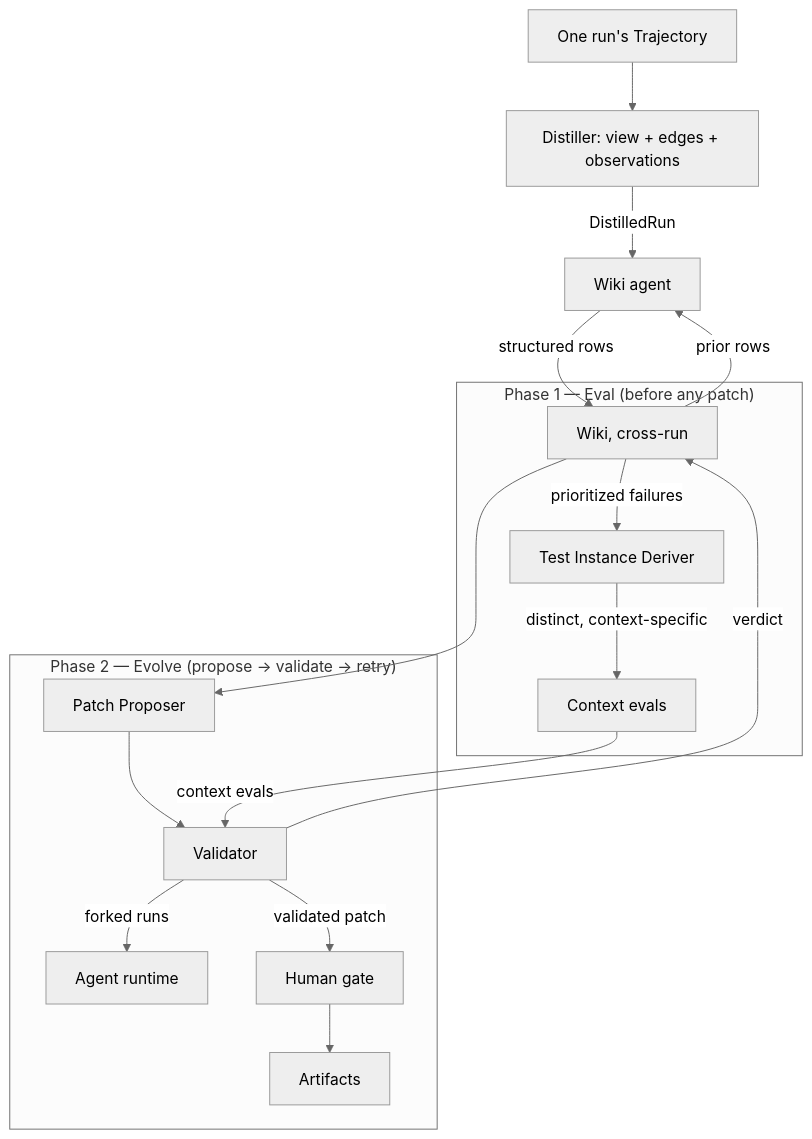
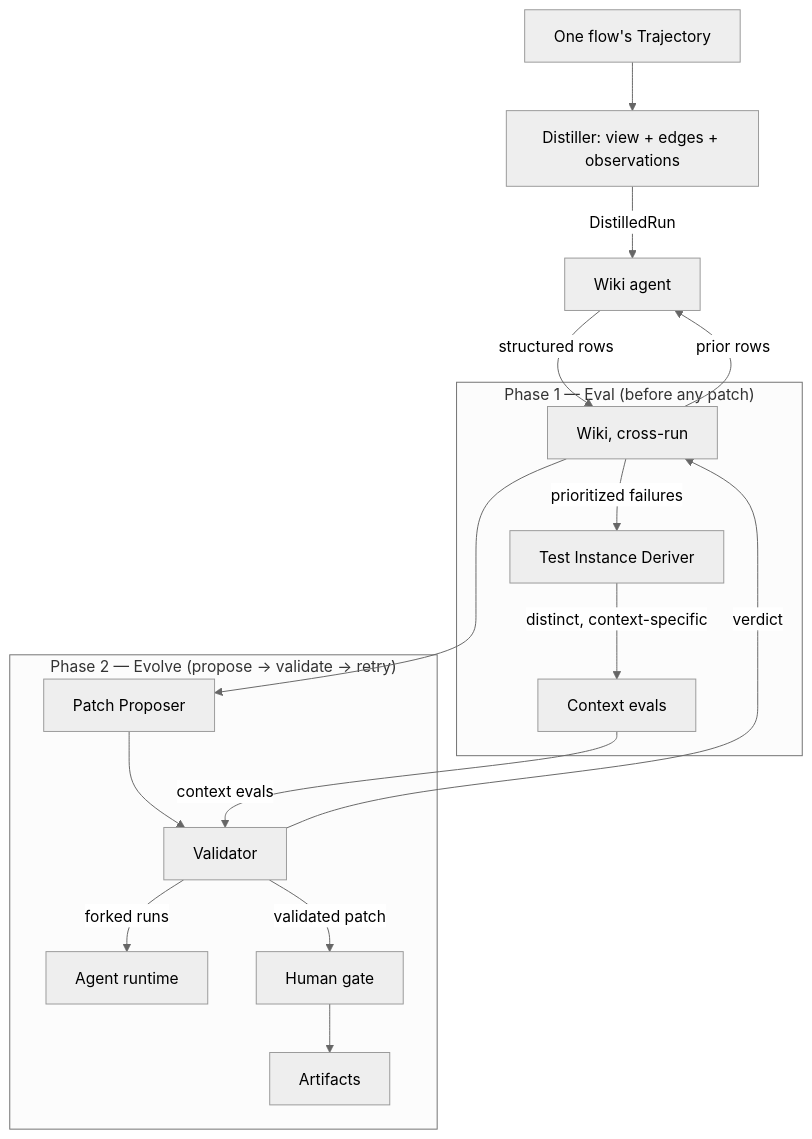
One commit to Ajaya1000/llmx changed the first of 5 diagrams in docs/architecture/evolution-framework.md. Above: the diagram before and after it, drawn with Mermaid (neutral theme). The commit also changed other lines of this file and 7 other files, not shown here.

````diff
--- a/docs/architecture/evolution-framework.md
+++ b/docs/architecture/evolution-framework.md
@@ -32,22 +32,22 @@
 ```mermaid
 flowchart TB
-    TR[One run's Trajectory] --> D[Distiller: view + edges + observations]
+    TR[One flow's Trajectory] --> D[Distiller: view + edges + observations]
     D -->|DistilledRun| WA[Wiki agent]
     WK[Wiki, cross-run] -->|prior rows| WA
     WA -->|structured rows| WK
 
     subgraph eval["Phase 1 — Eval (before any patch)"]
         WK -->|prioritized failures| ED[Test Instance Deriver]
         ED -->|distinct, context-specific| ES[Context evals]
     end
 
     subgraph evolve["Phase 2 — Evolve (propose → validate → retry)"]
         WK --> PP[Patch Proposer]
         PP --> V[Validator]
         ES -->|context evals| V
         V -->|forked runs| RT[Agent runtime]
         V -->|verdict| WK
         V -->|validated patch| H[Human gate]
         H --> A[Artifacts]
     end
 ```
````
